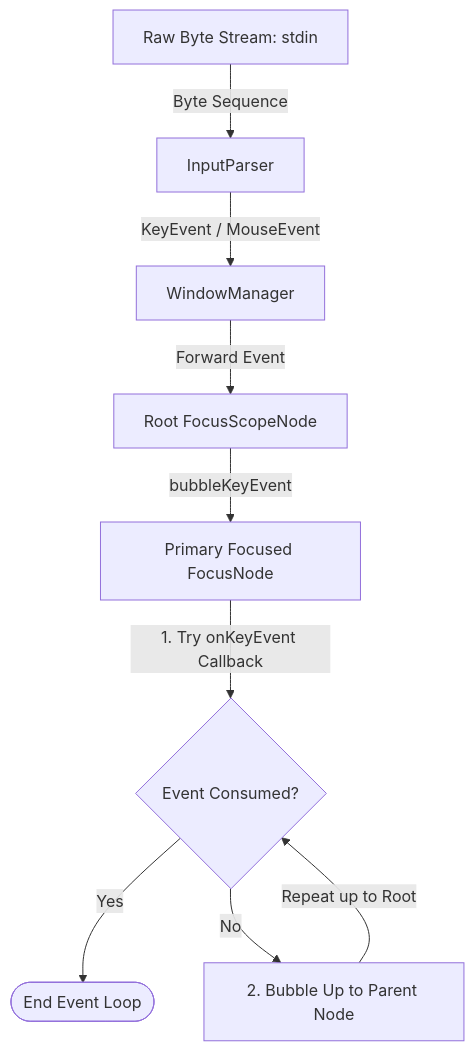
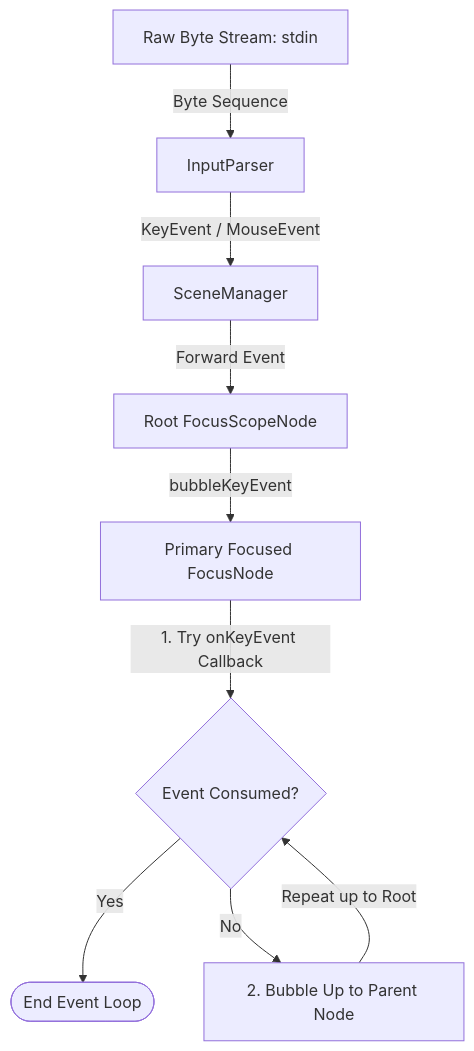
The first of 3 diagrams in packages/termui/doc/tui_widget_guide.md (jtmcdole/termui), drawn with Mermaid before and after one commit. The commit also changed 24 other files, not shown here.

First line of the commit message:
refactor(window)!: simplify windowing system and remove WindowManager

````diff
--- a/packages/termui/doc/tui_widget_guide.md
+++ b/packages/termui/doc/tui_widget_guide.md
@@ -13,11 +13,11 @@
 ```mermaid
 graph TD
     Stdin[Raw Byte Stream: stdin] -->|Byte Sequence| Parser[InputParser]
-    Parser -->|KeyEvent / MouseEvent| WindowMgr[WindowManager]
-    WindowMgr -->|Forward Event| RootFocus[Root FocusScopeNode]
+    Parser -->|KeyEvent / MouseEvent| SceneMgr[SceneManager]
+    SceneMgr -->|Forward Event| RootFocus[Root FocusScopeNode]
     RootFocus -->|bubbleKeyEvent| ActiveFocusNode[Primary Focused FocusNode]
     ActiveFocusNode -->|1. Try onKeyEvent Callback| Consume{Event Consumed?}
     Consume -->|Yes| End([End Event Loop])
     Consume -->|No| ParentFocus[2. Bubble Up to Parent Node]
     ParentFocus -->|Repeat up to Root| Consume
 ```
````
